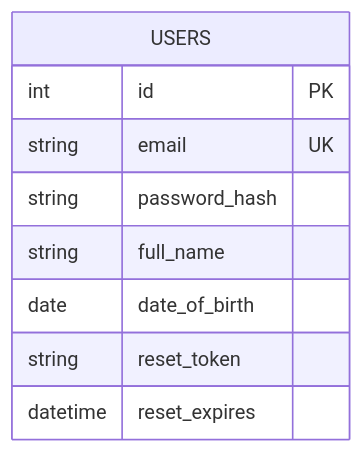
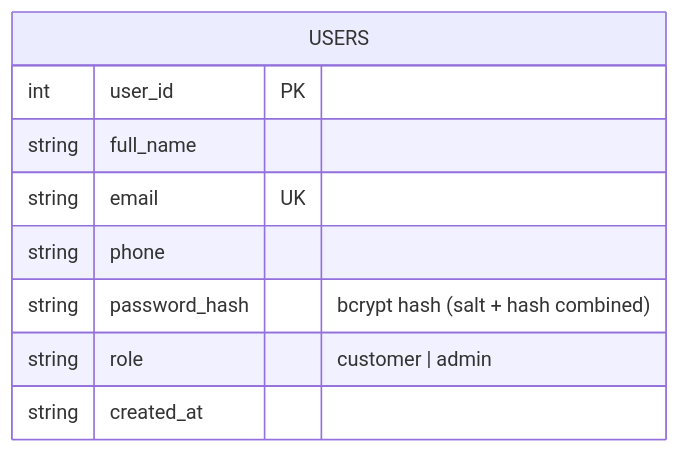
Before and after one commit to eirikrbe/MSE800-PSD: the seventh of 7 diagrams in W10/Ako-puku_Login_Demo/README.md, drawn with Mermaid. The commit also changed other lines of this file, not shown here.

````diff
--- a/W10/Ako-puku_Login_Demo/README.md
+++ b/W10/Ako-puku_Login_Demo/README.md
@@ -100,12 +230,12 @@
 ```mermaid
 erDiagram
     USERS {
-        int id PK
+        int user_id PK
+        string full_name
         string email UK
-        string password_hash
-        string full_name
-        date date_of_birth
-        string reset_token
-        datetime reset_expires
+        string phone
+        string password_hash "bcrypt hash (salt + hash combined)"
+        string role "customer | admin"
+        string created_at
     }
 ```
````
